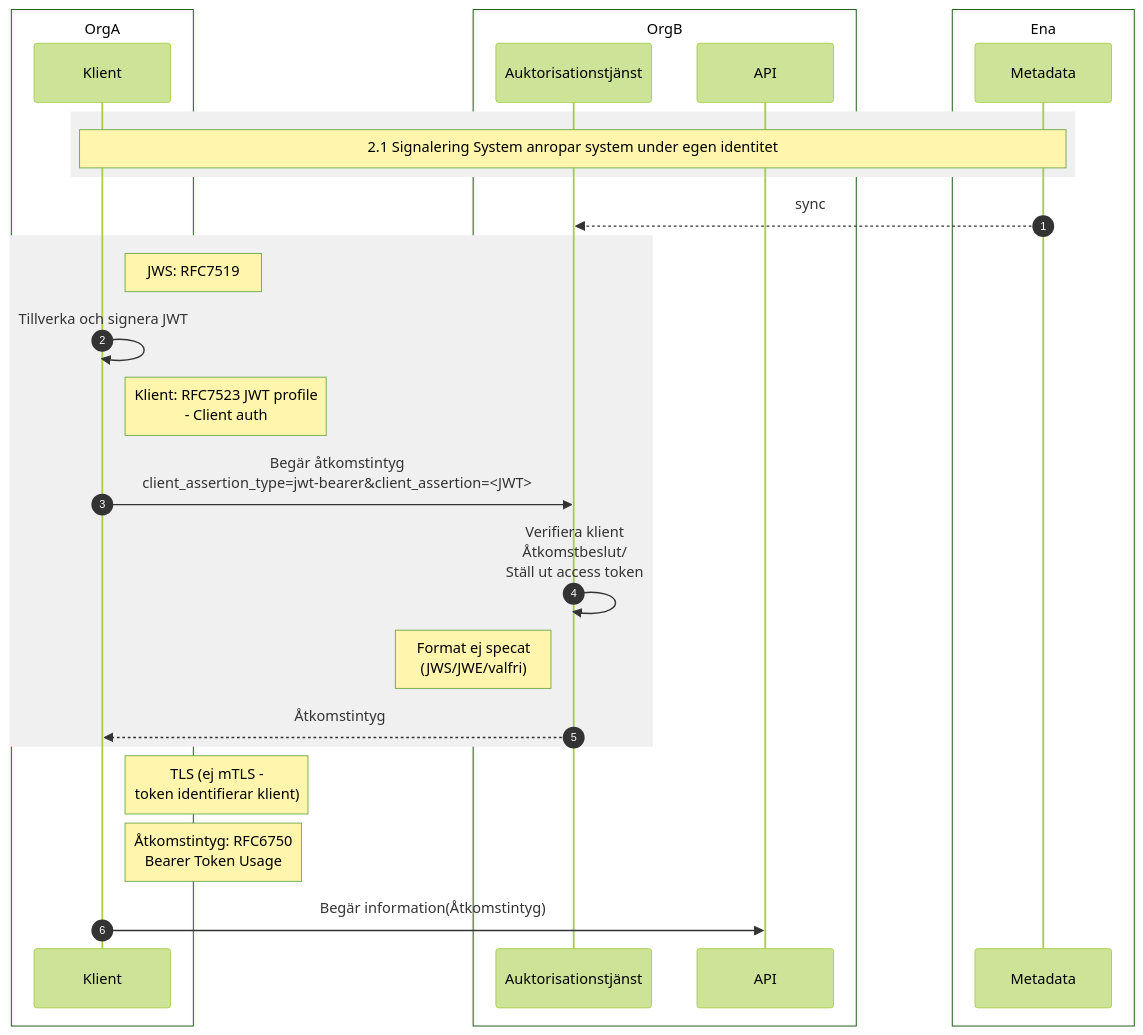
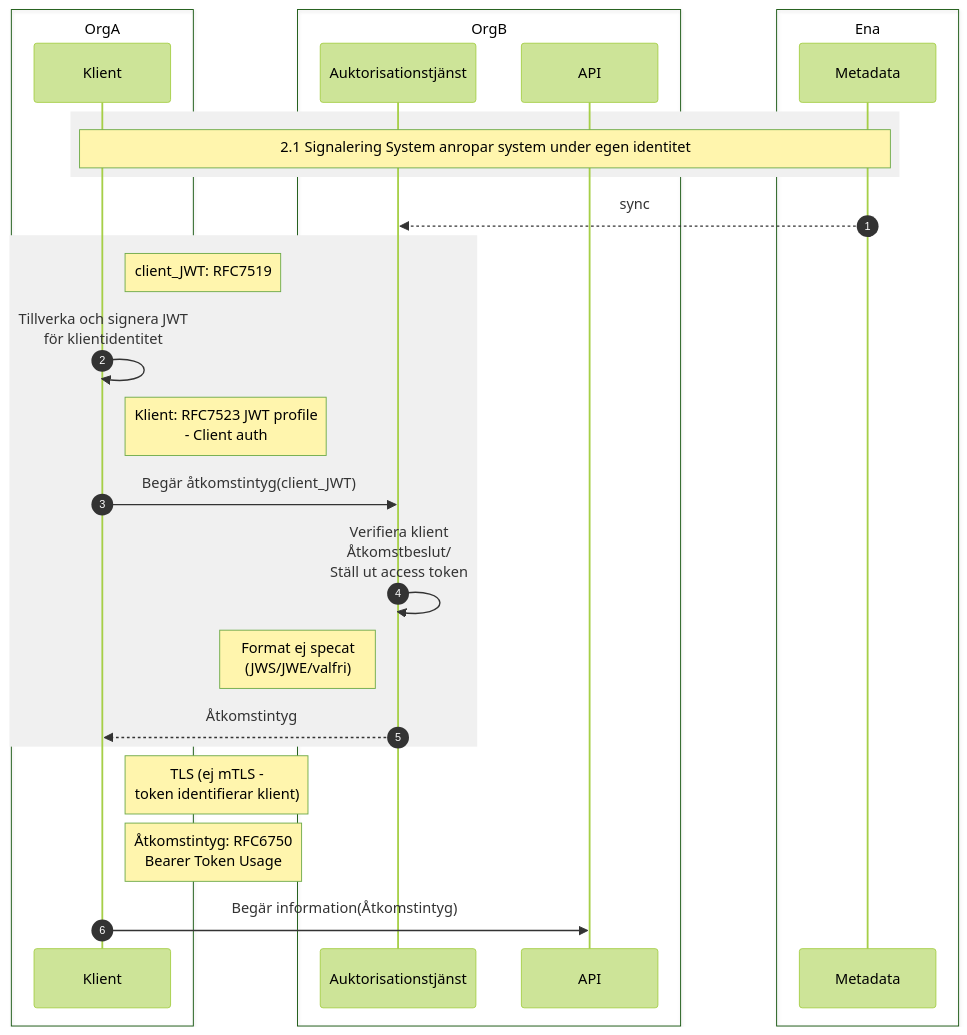
One commit to diggsweden/ena-authorization changed the diagram in architecture/drafts/Signalering 2.1 System anropar system under egen identitet.md. Above: the diagram before and after it, drawn with Mermaid (forest theme). The commit also changed other lines of this file and 1 other file, not shown here.

````diff
--- a/architecture/drafts/Signalering 2.1 System anropar system under egen identitet.md
+++ b/architecture/drafts/Signalering 2.1 System anropar system under egen identitet.md
@@ -5,34 +5,33 @@
 ```mermaid
 sequenceDiagram
     autonumber
     box OrgA
         participant E-tjänst as Klient
     end
     box OrgB
         participant AT-B as Auktorisationstjänst
         participant API
     end
     box Ena
         participant cMetadata as Metadata
     end
     Rect rgb(240, 240, 240)
         Note over E-tjänst, cMetadata: 2.1 Signalering System anropar system under egen identitet
     end
 
     cMetadata-->>AT-B: sync
 
     Rect rgb(240, 240, 240)
-        Note right of E-tjänst: JWS: RFC7519
-        E-tjänst->>E-tjänst: Tillverka och signera JWT
-
+        Note right of E-tjänst: client_JWT: RFC7519
+        E-tjänst->>E-tjänst: Tillverka och signera JWT<br> för klientidentitet
         Note right of E-tjänst: Klient: RFC7523 JWT profile<br>- Client auth
-        E-tjänst->>AT-B: Begär åtkomstintyg<br>client_assertion_type=jwt-bearer&client_assertion=<JWT>
+        E-tjänst->>AT-B: Begär åtkomstintyg(client_JWT)
         AT-B->>AT-B: Verifiera klient<br>Åtkomstbeslut/<br>Ställ ut access token
         Note left of AT-B: Format ej specat<br/>(JWS/JWE/valfri)
         AT-B-->>E-tjänst: Åtkomstintyg
     end
     Note right of E-tjänst: TLS (ej mTLS - <br>token identifierar klient)
     Note right of E-tjänst: Åtkomstintyg: RFC6750<br/> Bearer Token Usage
     E-tjänst->>API: Begär information(Åtkomstintyg)
 
 ```
````
